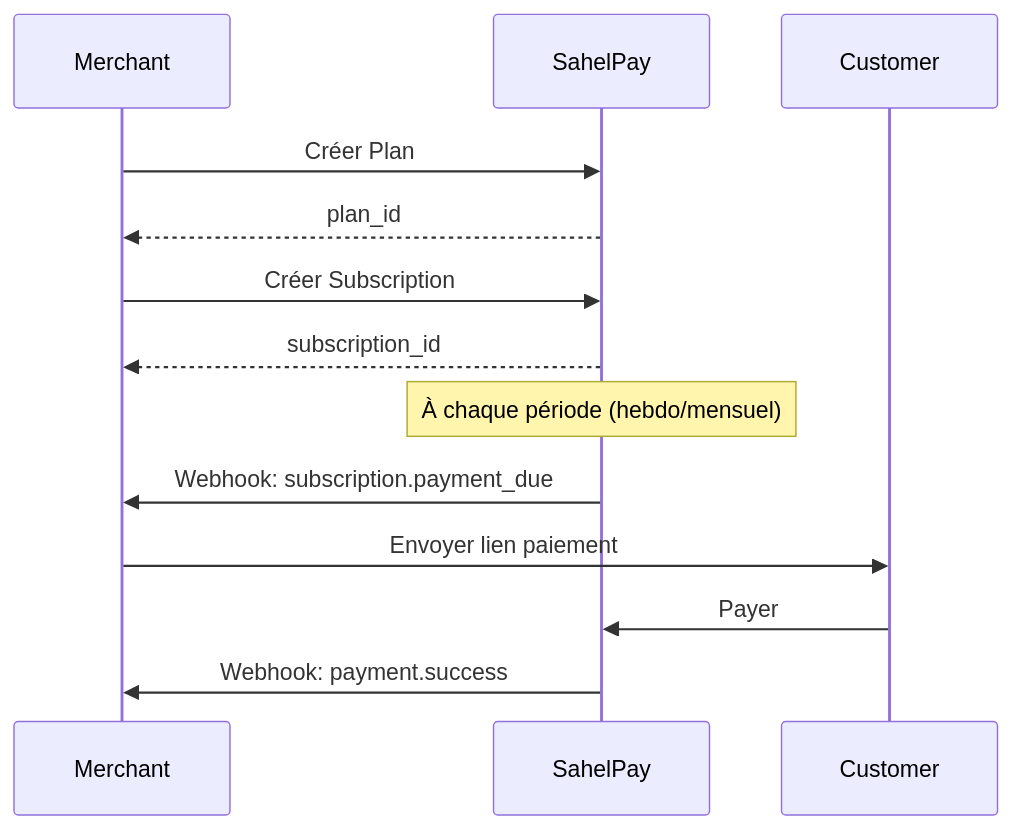
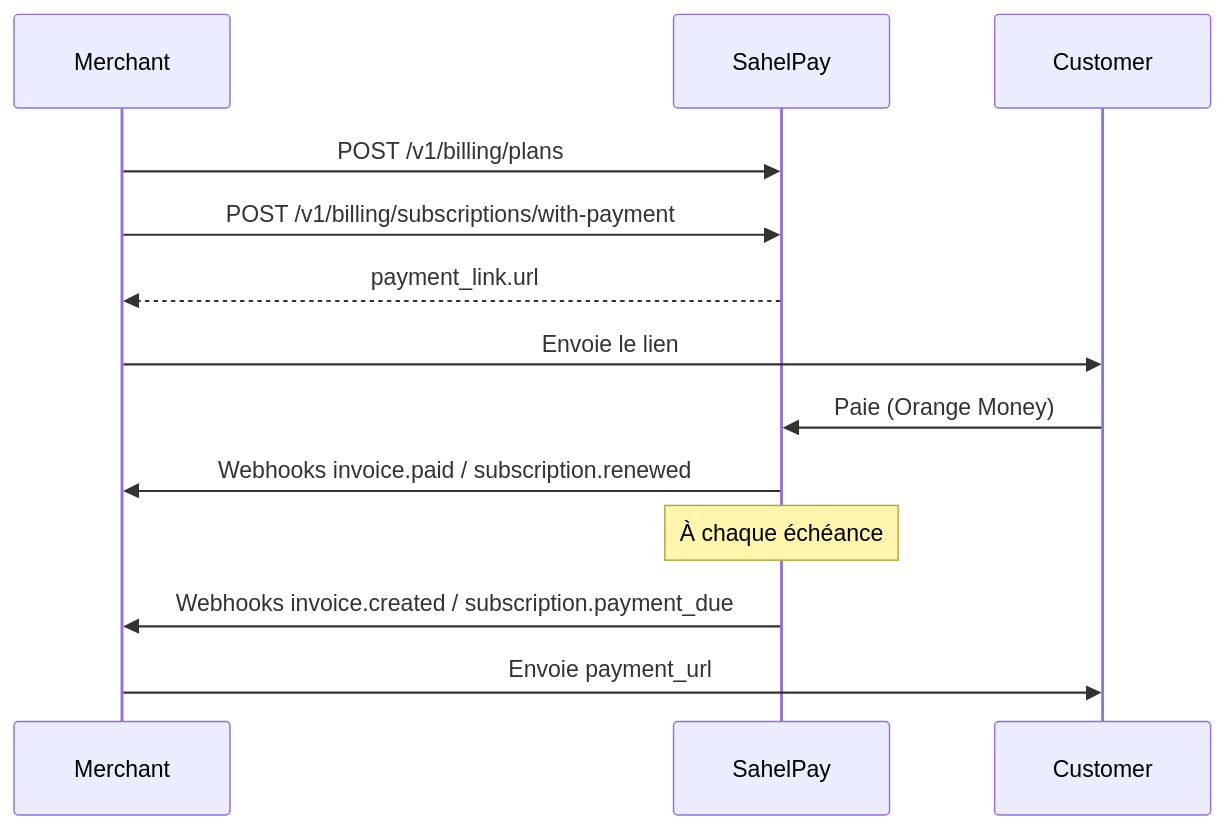
One commit to dione24/sahelpay-sdks changed the diagram in docs/guides/subscriptions.mdx. Above: the diagram before and after it, drawn with Mermaid. The commit also changed other lines of this file and 54 other files, not shown here.

````diff
--- a/docs/guides/subscriptions.mdx
+++ b/docs/guides/subscriptions.mdx
@@ -162,18 +98,17 @@
 ```mermaid
 sequenceDiagram
     participant Merchant
     participant SahelPay
     participant Customer
-    
-    Merchant->>SahelPay: Créer Plan
-    SahelPay-->>Merchant: plan_id
-    
-    Merchant->>SahelPay: Créer Subscription
-    SahelPay-->>Merchant: subscription_id
-    
-    Note over SahelPay: À chaque période (hebdo/mensuel)
-    SahelPay->>Merchant: Webhook: subscription.payment_due
-    Merchant->>Customer: Envoyer lien paiement
-    Customer->>SahelPay: Payer
-    SahelPay->>Merchant: Webhook: payment.success
+
+    Merchant->>SahelPay: POST /v1/billing/plans
+    Merchant->>SahelPay: POST /v1/billing/subscriptions/with-payment
+    SahelPay-->>Merchant: payment_link.url
+    Merchant->>Customer: Envoie le lien
+    Customer->>SahelPay: Paie (Orange Money)
+    SahelPay->>Merchant: Webhooks invoice.paid / subscription.renewed
+
+    Note over SahelPay: À chaque échéance
+    SahelPay->>Merchant: Webhooks invoice.created / subscription.payment_due
+    Merchant->>Customer: Envoie payment_url
 ```
````
